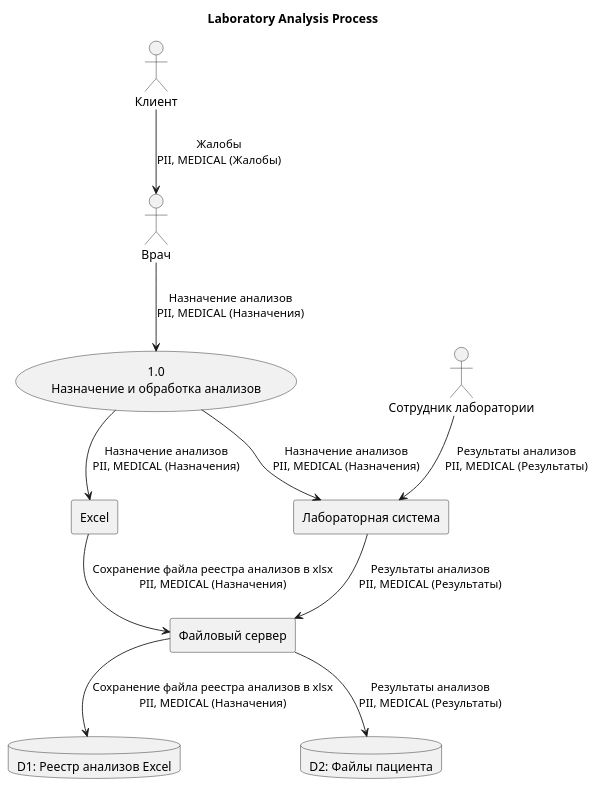
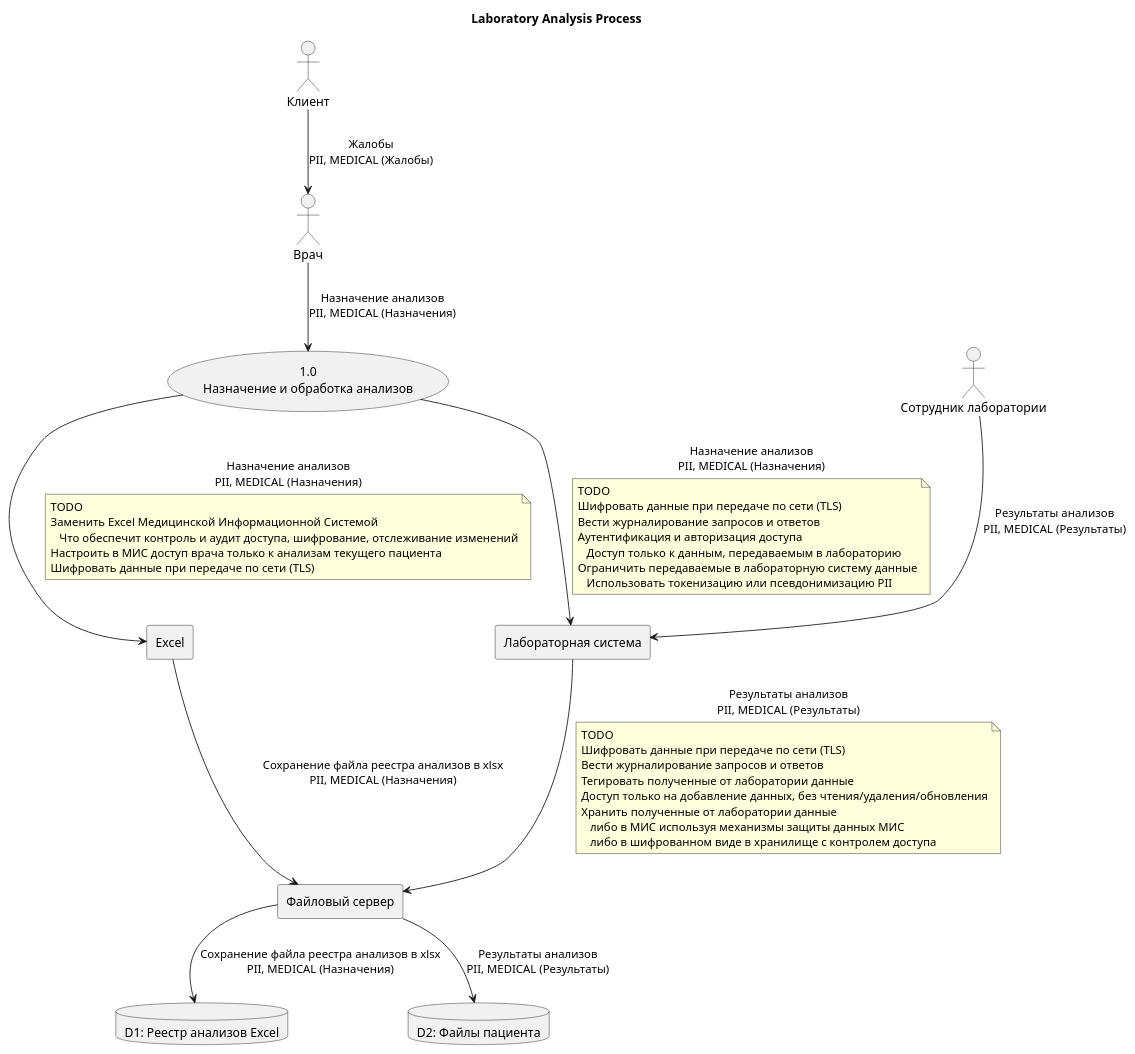
The diagram in task1/diagrams/laboratory.puml (oleg088097/architecture-medikamente), drawn with PlantUML before and after one commit. The commit also changed 6 other files, not shown here.

```diff
--- a/task1/diagrams/laboratory.puml
+++ b/task1/diagrams/laboratory.puml
@@ -1,30 +1,56 @@
 @startuml
 title Laboratory Analysis Process
 
 actor Клиент
 actor Врач
 actor "Сотрудник лаборатории" as LabEmployee
 
 (1.0\nНазначение и обработка анализов) as LabProc
 
 rectangle Excel
 rectangle "Файловый сервер" as fileServer
 rectangle "Лабораторная система" as labSystem
 
 database "D1: Реестр анализов Excel" as xlsx
 database "D2: Файлы пациента" as patientFiles
 
 
 Клиент --> Врач : Жалобы\nPII, MEDICAL (Жалобы)
 Врач --> LabProc : Назначение анализов\nPII, MEDICAL (Назначения)
 
 LabProc --> Excel : Назначение анализов\nPII, MEDICAL (Назначения)
+note on link
+ TODO
+ Заменить Excel Медицинской Информационной Системой
+    Что обеспечит контроль и аудит доступа, шифрование, отслеживание изменений
+ Настроить в МИС доступ врача только к анализам текущего пациента
+ Шифровать данные при передаче по сети (TLS)
+end note
 Excel --> fileServer : Сохранение файла реестра анализов в xlsx\nPII, MEDICAL (Назначения)
 fileServer --> xlsx : Сохранение файла реестра анализов в xlsx\nPII, MEDICAL (Назначения)
 
 LabProc --> labSystem : Назначение анализов\nPII, MEDICAL (Назначения)
+note on link
+ TODO
+ Шифровать данные при передаче по сети (TLS)
+ Вести журналирование запросов и ответов
+ Аутентификация и авторизация доступа
+    Доступ только к данным, передаваемым в лабораторию
+ Ограничить передаваемые в лабораторную систему данные
+    Использовать токенизацию или псевдонимизацию PII
+end note
 LabEmployee --> labSystem : Результаты анализов\nPII, MEDICAL (Результаты)
 labSystem --> fileServer : Результаты анализов\nPII, MEDICAL (Результаты)
+note on link
+ TODO
+ Шифровать данные при передаче по сети (TLS)
+ Вести журналирование запросов и ответов
+ Тегировать полученные от лаборатории данные
+ Доступ только на добавление данных, без чтения/удаления/обновления
+ Хранить полученные от лаборатории данные
+    либо в МИС используя механизмы защиты данных МИС
+    либо в шифрованном виде в хранилище с контролем доступа
+end note
 fileServer --> patientFiles : Результаты анализов\nPII, MEDICAL (Результаты)
 
 @enduml
```
